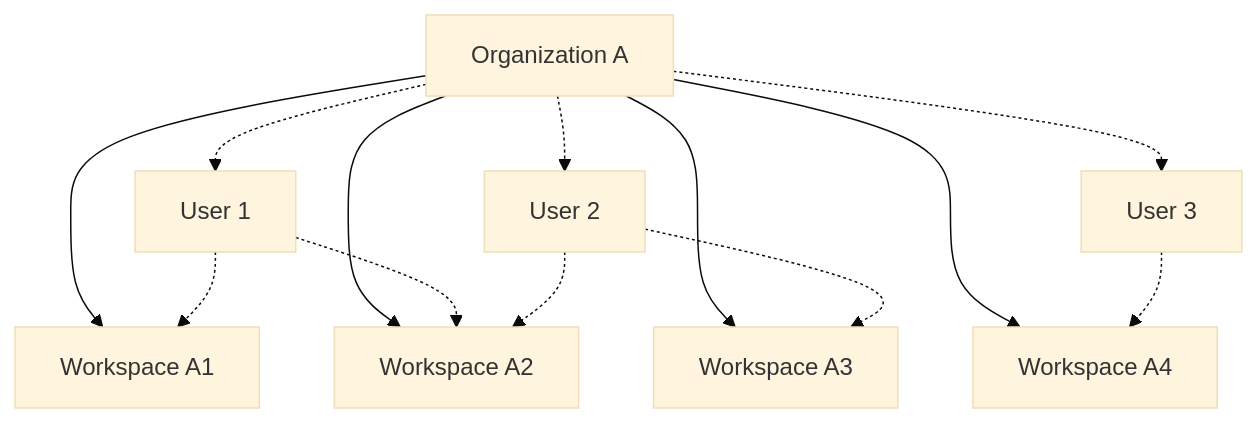
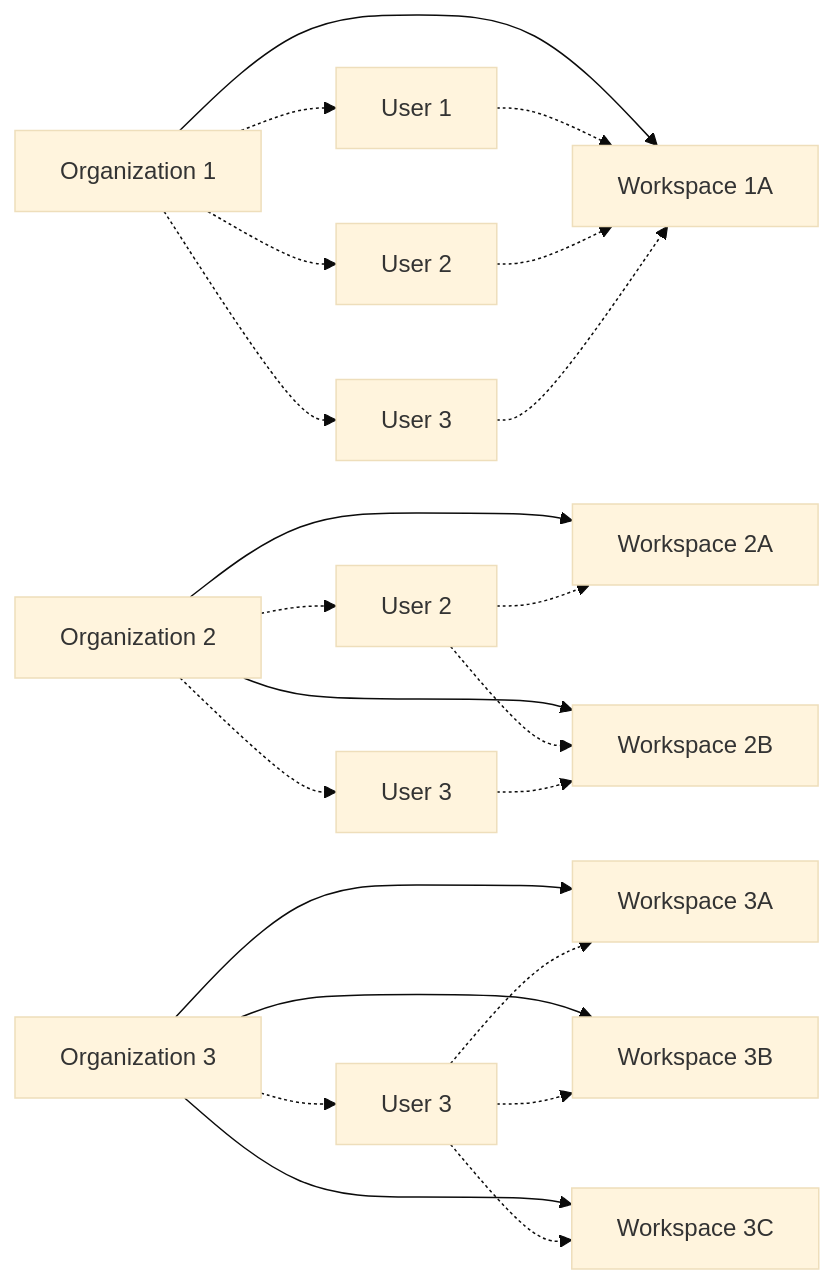
The second of 2 diagrams in ui/account/workspaces.mdx (Unstructured-IO/docs), drawn with Mermaid (base theme) before and after one commit. The commit also changed other lines of this file and 1 other file, not shown here.

Commit message:
Arch diagram cleanup, more task headings

````diff
--- a/ui/account/workspaces.mdx
+++ b/ui/account/workspaces.mdx
@@ -30,19 +40,44 @@
 ```mermaid
-graph TD
-    OrgA[Organization A]
+graph LR
+    User1[User 1]
+    User2_Org1[User 2]
+    User2_Org2[User 2]
+    User3_Org1[User 3] 
+    User3_Org2[User 3]
+    User3_Org3[User 3]
+
+    Org1[Organization 1]
+    Org2[Organization 2]
+    Org3[Organization 3]
+
+    WS1A[Workspace 1A]
+    WS2A[Workspace 2A]
+    WS2B[Workspace 2B]
+    WS3A[Workspace 3A]
+    WS3B[Workspace 3B]
+    WS3C[Workspace 3C]
     
-    OrgA -.-> User1[User 1]
-    OrgA -.-> User2[User 2]
-    OrgA -.-> User3[User 3]
+    Org1 --> WS1A
+    Org1 -.-> User1
+    Org1 -.-> User2_Org1
+    Org1 -.-> User3_Org1
+    User1 -.-> WS1A
+    User2_Org1 -.-> WS1A
+    User3_Org1 -.-> WS1A
     
-    OrgA --> WorkspaceA1[Workspace A1]
-    OrgA --> WorkspaceA2[Workspace A2]
-    OrgA --> WorkspaceA3[Workspace A3]
-    OrgA --> WorkspaceA4[Workspace A4]
+    Org2 --> WS2A
+    Org2 --> WS2B
+    Org2 -.-> User2_Org2
+    Org2 -.-> User3_Org2
+    User2_Org2 -.-> WS2A
+    User2_Org2 -.-> WS2B
+    User3_Org2 -.-> WS2B
     
-    User1[User 1] -.-> WorkspaceA1
-    User1[User 1] -.-> WorkspaceA2
-    User2[User 2] -.-> WorkspaceA2
-    User2[User 2] -.-> WorkspaceA3
-    User3[User 3] -.-> WorkspaceA4
+    Org3 --> WS3A
+    Org3 --> WS3B
+    Org3 --> WS3C
+    Org3 -.-> User3_Org3
+    User3_Org3 -.-> WS3A
+    User3_Org3 -.-> WS3B
+    User3_Org3 -.-> WS3C
 ```
````
